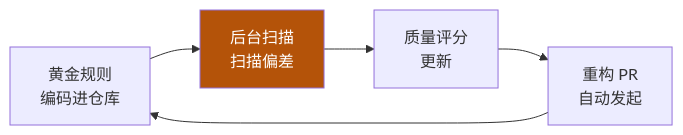
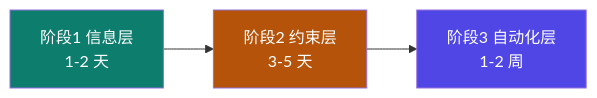
Before and after one commit to kjiu72063-sudo/agent-arch-docs: the diagram in concepts/harness/design.md, drawn with Mermaid. The commit also changed other lines of this file and 9 other files, not shown here.

````diff
--- a/concepts/harness/design.md
+++ b/concepts/harness/design.md
@@ -86,8 +16,8 @@
 ```mermaid
 flowchart LR
-  R["黄金规则\n编码进仓库"] --> S["后台扫描\n扫描偏差"]
-  S --> Q["质量评分\n更新"]
-  Q --> P["重构 PR\n自动发起"]
-  P --> R
-  style S fill:#b45309,color:#fff
+  A["阶段1 信息层\n1-2 天"] --> B["阶段2 约束层\n3-5 天"]
+  B --> C["阶段3 自动化层\n1-2 周"]
+  style A fill:#0d7d6e,color:#fff
+  style B fill:#b45309,color:#fff
+  style C fill:#4f46e5,color:#fff
 ```
````
